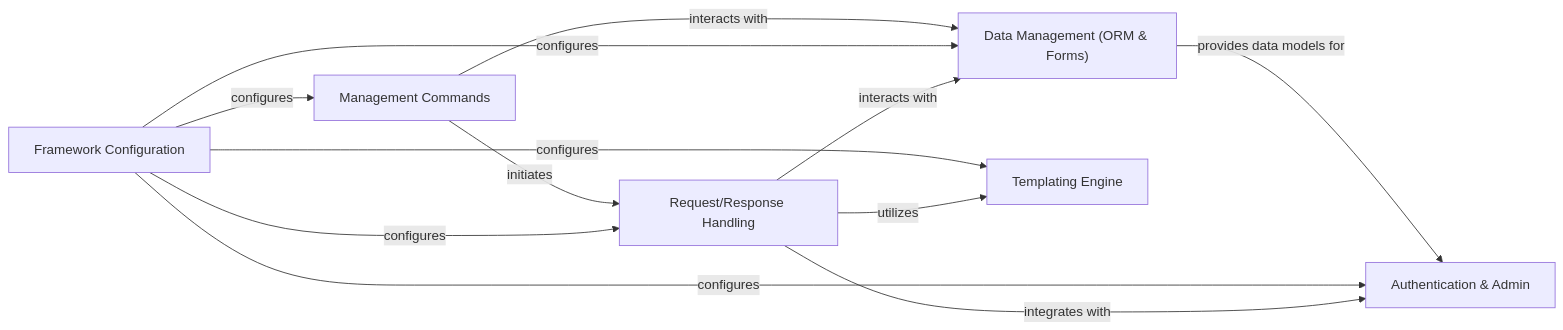
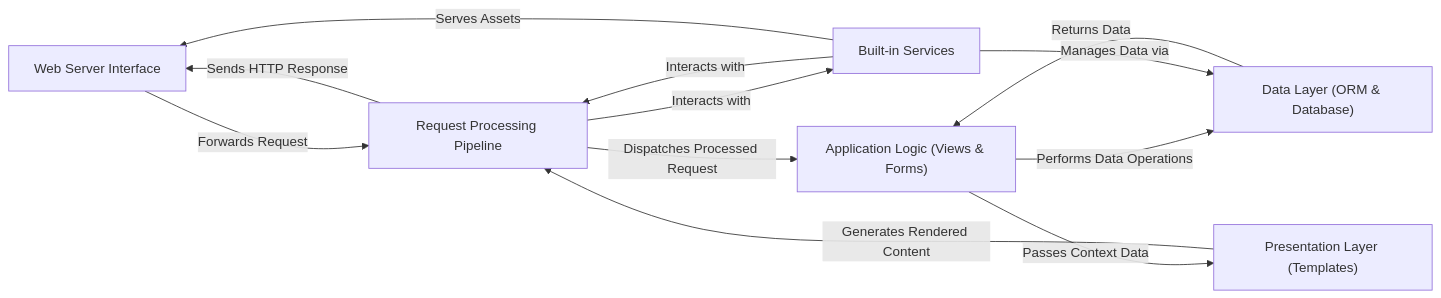
Before and after one commit to CodeBoarding/GeneratedOnBoardings: the diagram in django/on_boarding.md, drawn with Mermaid. The commit also changed other lines of this file and 12 other files, not shown here.

````diff
--- a/django/on_boarding.md
+++ b/django/on_boarding.md
@@ -1,26 +1,26 @@
 ```mermaid
 graph LR
-    Request_Response_Handling["Request/Response Handling"]
-    Data_Management_ORM_Forms_["Data Management (ORM & Forms)"]
-    Templating_Engine["Templating Engine"]
-    Framework_Configuration["Framework Configuration"]
-    Authentication_Admin["Authentication & Admin"]
-    Management_Commands["Management Commands"]
-    Request_Response_Handling -- "interacts with" --> Data_Management_ORM_Forms_
-    Request_Response_Handling -- "utilizes" --> Templating_Engine
-    Request_Response_Handling -- "integrates with" --> Authentication_Admin
-    Framework_Configuration -- "configures" --> Request_Response_Handling
-    Framework_Configuration -- "configures" --> Data_Management_ORM_Forms_
-    Framework_Configuration -- "configures" --> Templating_Engine
-    Framework_Configuration -- "configures" --> Authentication_Admin
-    Framework_Configuration -- "configures" --> Management_Commands
-    Data_Management_ORM_Forms_ -- "provides data models for" --> Authentication_Admin
-    Management_Commands -- "interacts with" --> Data_Management_ORM_Forms_
-    Management_Commands -- "initiates" --> Request_Response_Handling
-    click Request_Response_Handling href "https://github.com/CodeBoarding/GeneratedOnBoardings/blob/main/django/Request_Response_Handling.md" "Details"
-    click Data_Management_ORM_Forms_ href "https://github.com/CodeBoarding/GeneratedOnBoardings/blob/main/django/Data_Management_ORM_Forms_.md" "Details"
-    click Templating_Engine href "https://github.com/CodeBoarding/GeneratedOnBoardings/blob/main/django/Templating_Engine.md" "Details"
-    click Framework_Configuration href "https://github.com/CodeBoarding/GeneratedOnBoardings/blob/main/django/Framework_Configuration.md" "Details"
-    click Authentication_Admin href "https://github.com/CodeBoarding/GeneratedOnBoardings/blob/main/django/Authentication_Admin.md" "Details"
-    click Management_Commands href "https://github.com/CodeBoarding/GeneratedOnBoardings/blob/main/django/Management_Commands.md" "Details"
+    Web_Server_Interface["Web Server Interface"]
+    Request_Processing_Pipeline["Request Processing Pipeline"]
+    Application_Logic_Views_Forms_["Application Logic (Views & Forms)"]
+    Data_Layer_ORM_Database_["Data Layer (ORM & Database)"]
+    Presentation_Layer_Templates_["Presentation Layer (Templates)"]
+    Built_in_Services["Built-in Services"]
+    Web_Server_Interface -- "Forwards Request" --> Request_Processing_Pipeline
+    Request_Processing_Pipeline -- "Dispatches Processed Request" --> Application_Logic_Views_Forms_
+    Application_Logic_Views_Forms_ -- "Performs Data Operations" --> Data_Layer_ORM_Database_
+    Data_Layer_ORM_Database_ -- "Returns Data" --> Application_Logic_Views_Forms_
+    Application_Logic_Views_Forms_ -- "Passes Context Data" --> Presentation_Layer_Templates_
+    Presentation_Layer_Templates_ -- "Generates Rendered Content" --> Request_Processing_Pipeline
+    Request_Processing_Pipeline -- "Sends HTTP Response" --> Web_Server_Interface
+    Built_in_Services -- "Interacts with" --> Request_Processing_Pipeline
+    Request_Processing_Pipeline -- "Interacts with" --> Built_in_Services
+    Built_in_Services -- "Manages Data via" --> Data_Layer_ORM_Database_
+    Built_in_Services -- "Serves Assets" --> Web_Server_Interface
+    click Web_Server_Interface href "https://github.com/CodeBoarding/GeneratedOnBoardings/blob/main/django/Web_Server_Interface.md" "Details"
+    click Request_Processing_Pipeline href "https://github.com/CodeBoarding/GeneratedOnBoardings/blob/main/django/Request_Processing_Pipeline.md" "Details"
+    click Application_Logic_Views_Forms_ href "https://github.com/CodeBoarding/GeneratedOnBoardings/blob/main/django/Application_Logic_Views_Forms_.md" "Details"
+    click Data_Layer_ORM_Database_ href "https://github.com/CodeBoarding/GeneratedOnBoardings/blob/main/django/Data_Layer_ORM_Database_.md" "Details"
+    click Presentation_Layer_Templates_ href "https://github.com/CodeBoarding/GeneratedOnBoardings/blob/main/django/Presentation_Layer_Templates_.md" "Details"
+    click Built_in_Services href "https://github.com/CodeBoarding/GeneratedOnBoardings/blob/main/django/Built_in_Services.md" "Details"
 ```
````
